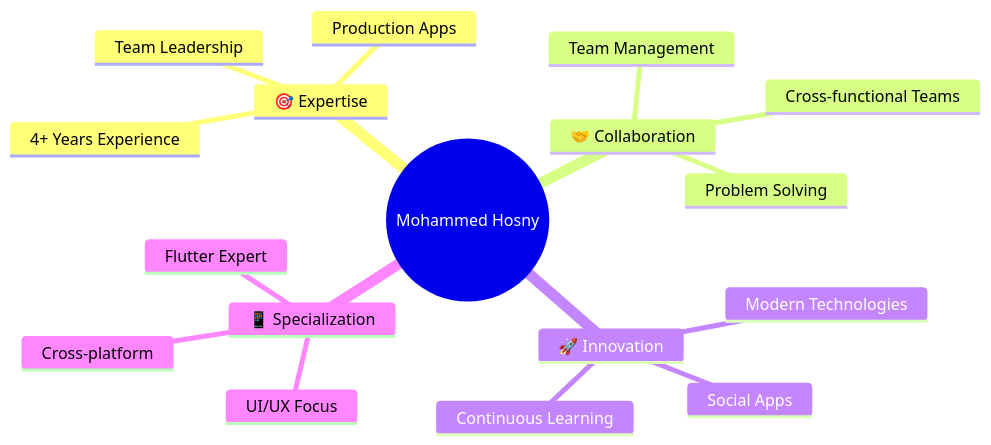
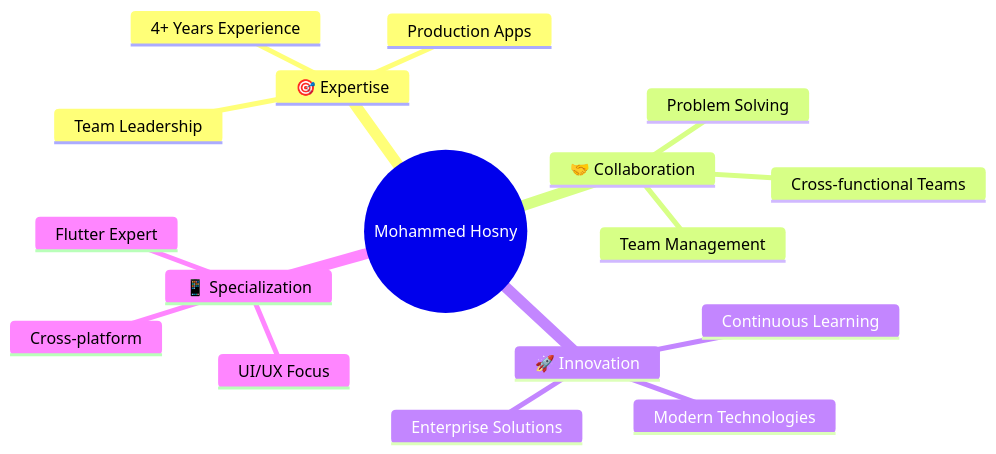
Before and after one commit to MohammedHosny2002/MohammedHosny2002: the fourth of 4 diagrams in README.md, drawn with Mermaid. The commit also changed other lines of this file, not shown here.

````diff
--- a/README.md
+++ b/README.md
@@ -382,20 +349,20 @@
 ```mermaid
 mindmap
   root((Mohammed Hosny))
     🎯 Expertise
       4+ Years Experience
       Production Apps
       Team Leadership
     🤝 Collaboration
       Team Management
       Cross-functional Teams
       Problem Solving
     🚀 Innovation
-      Social Apps
+      Enterprise Solutions
       Modern Technologies
       Continuous Learning
     📱 Specialization
       Flutter Expert
       Cross-platform
       UI/UX Focus
 ```
````
